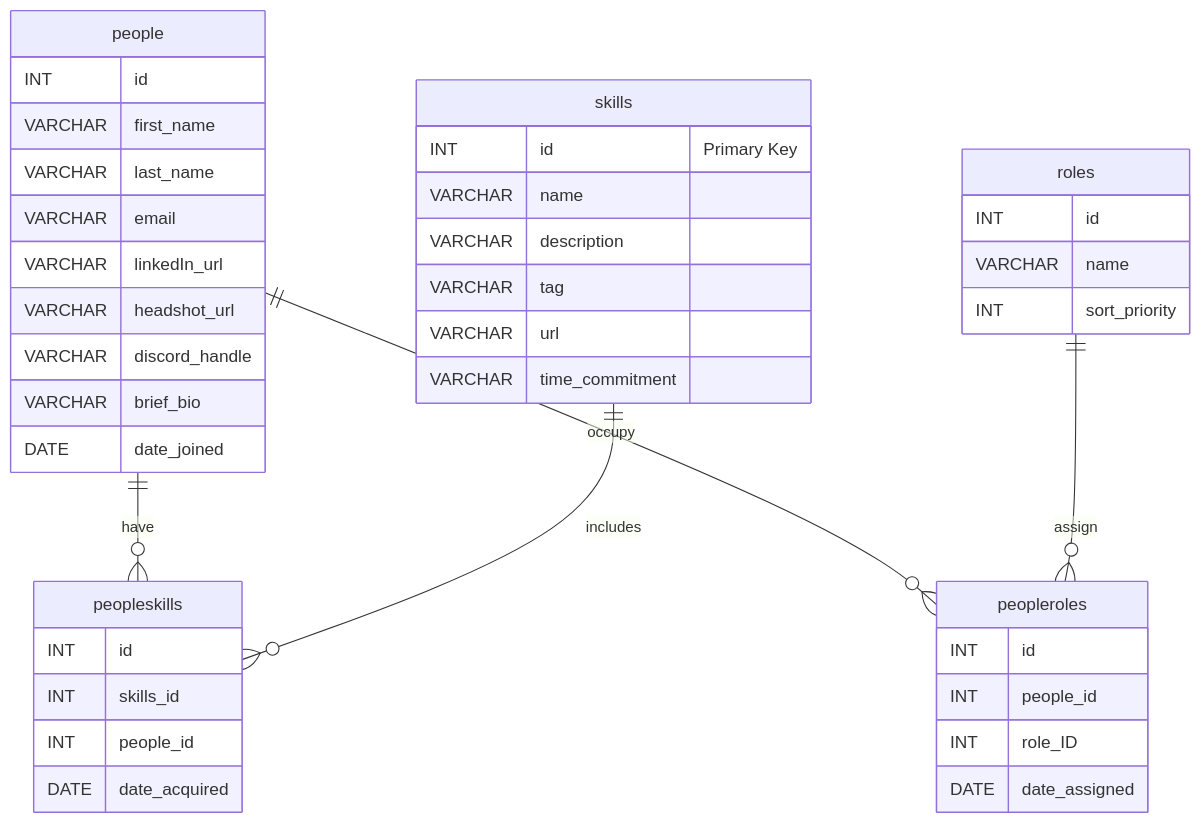
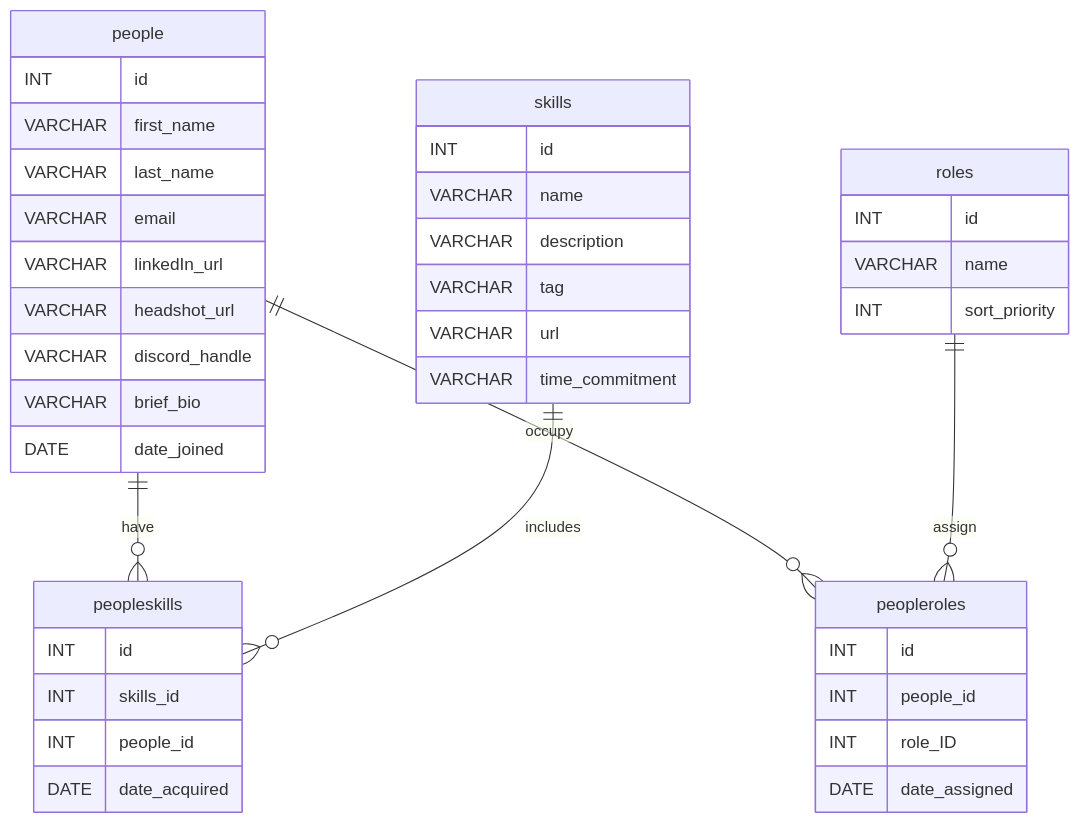
Before and after one commit to cmsc-vcu/cmsc508-fa2023-hw7-EmilSalazar: the diagram in hw7/hw7.qmd, drawn with Mermaid. The commit also changed 3 other files, not shown here.

````diff
--- a/hw7/hw7.qmd
+++ b/hw7/hw7.qmd
@@ -100,49 +100,49 @@
 ```{mermaid}
 erDiagram
 
     people ||--o{ peopleskills : "have"
     skills ||--o{ peopleskills : "includes"
     people ||--o{ peopleroles : "occupy"
     roles ||--o{ peopleroles : "assign"
 
     skills {
-    INT id "Primary Key"
+    INT id
     VARCHAR name
     VARCHAR description
     VARCHAR tag
     VARCHAR url
     VARCHAR time_commitment
     }
 
     people {
     INT id
     VARCHAR first_name
     VARCHAR last_name
     VARCHAR email
     VARCHAR linkedIn_url
     VARCHAR headshot_url
     VARCHAR discord_handle
     VARCHAR brief_bio
     DATE date_joined
     }
 
     peopleskills {
     INT id
     INT skills_id
     INT people_id
     DATE date_acquired
     }
 
     roles {
     INT id
     VARCHAR name
     INT sort_priority
     }
 
     peopleroles {
     INT id
     INT people_id
     INT role_ID
     DATE date_assigned
     }
 ```
````
